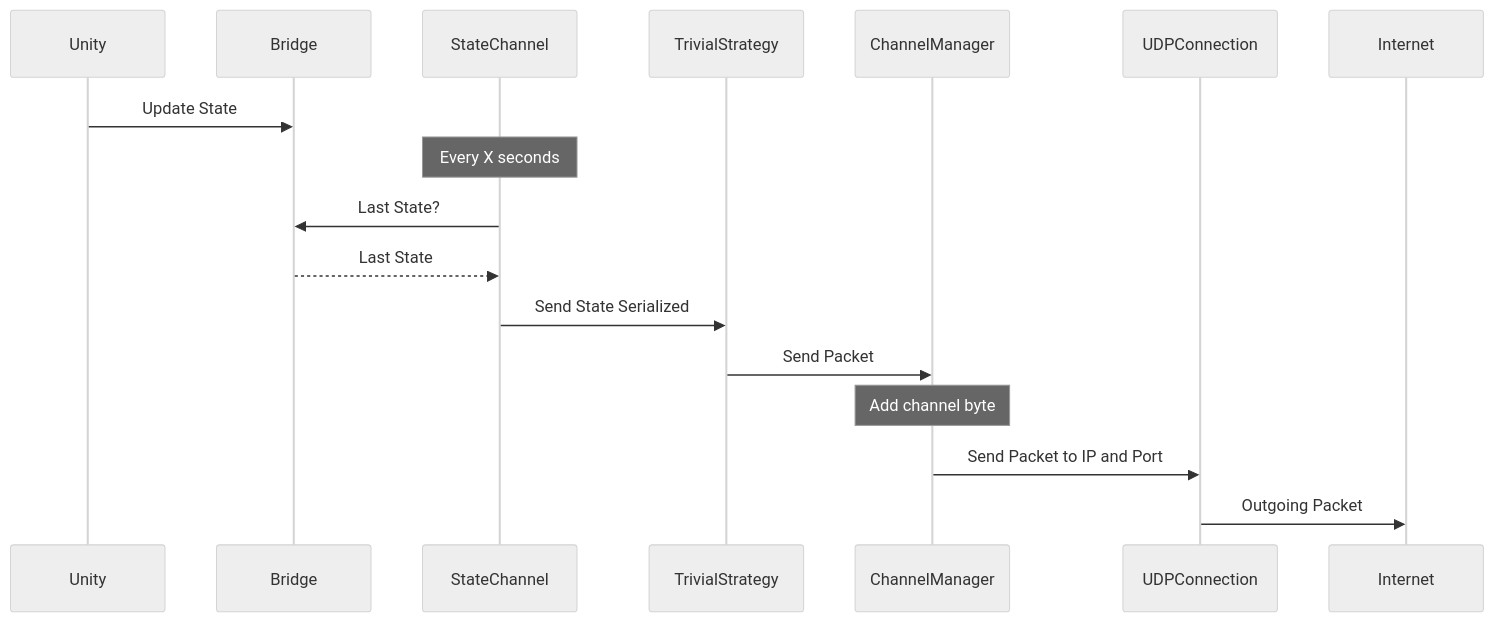
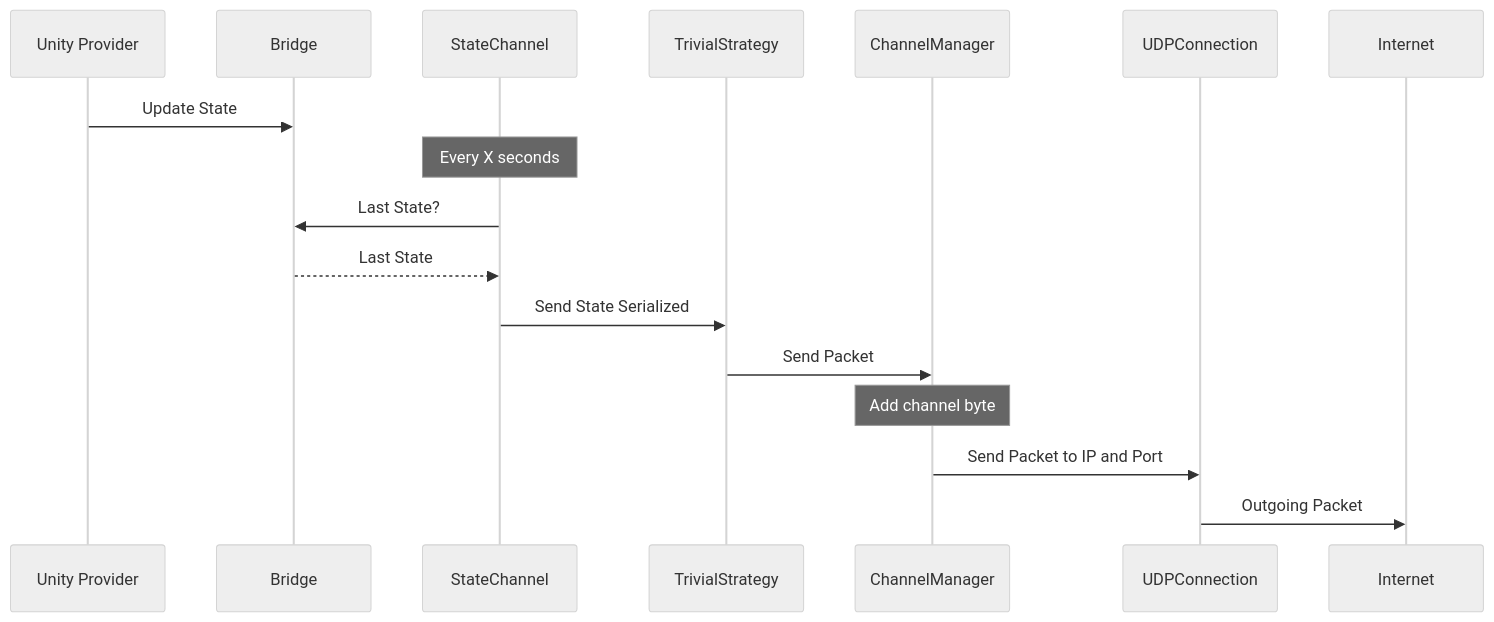
The first of 4 diagrams in README.md (julianrod94/Videojuegos-Avanzados), drawn with Mermaid (neutral theme) before and after one commit. The commit also changed other lines of this file and 1 other file, not shown here.

````diff
--- a/README.md
+++ b/README.md
@@ -1,12 +1,12 @@
 ```mermaid
 sequenceDiagram
-Unity ->> Bridge: Update State
+Unity Provider ->> Bridge: Update State
 Note over StateChannel: Every X seconds
 StateChannel ->> Bridge: Last State?
 Bridge -->> StateChannel : Last State
 StateChannel ->> TrivialStrategy: Send State Serialized
 TrivialStrategy ->> ChannelManager: Send Packet
 Note over ChannelManager: Add channel byte
 ChannelManager ->> UDPConnection: Send Packet to IP and Port
 UDPConnection ->> Internet: Outgoing Packet
 ```
````
